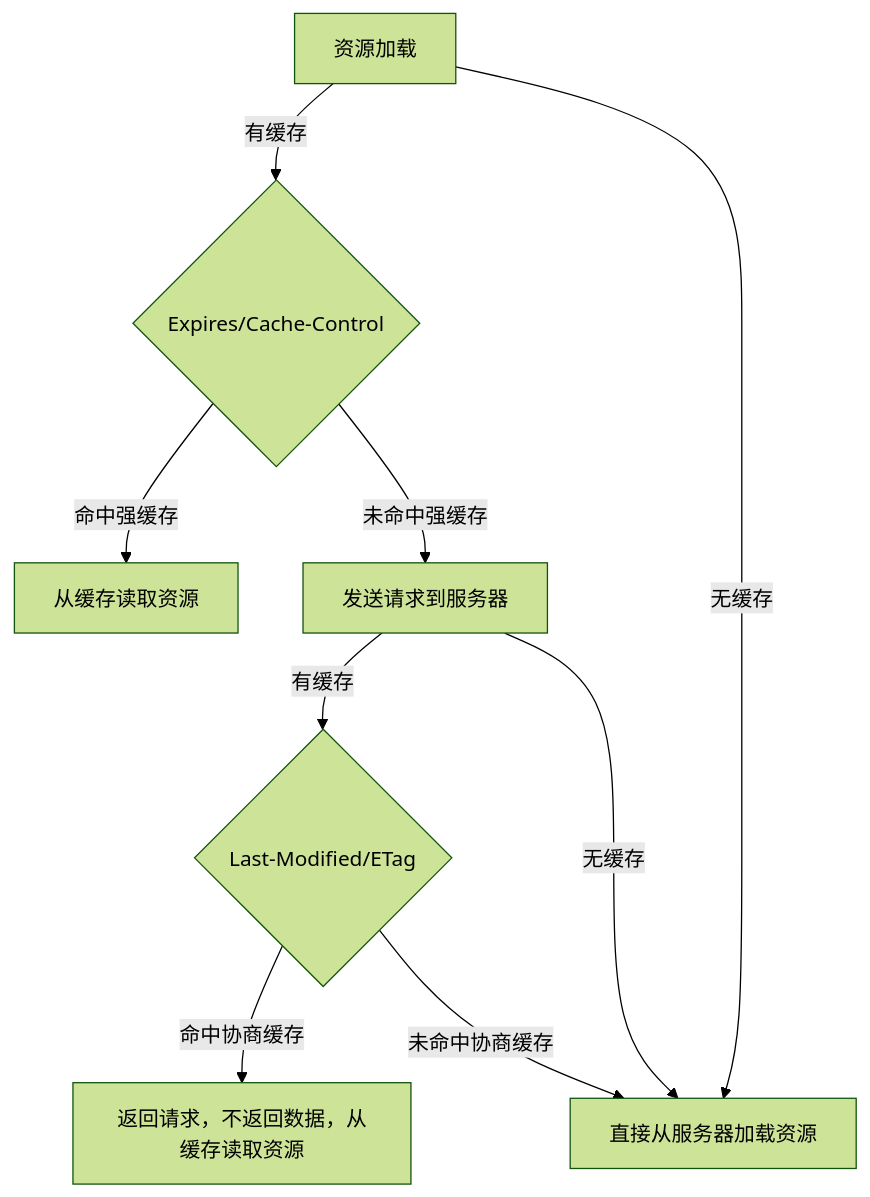
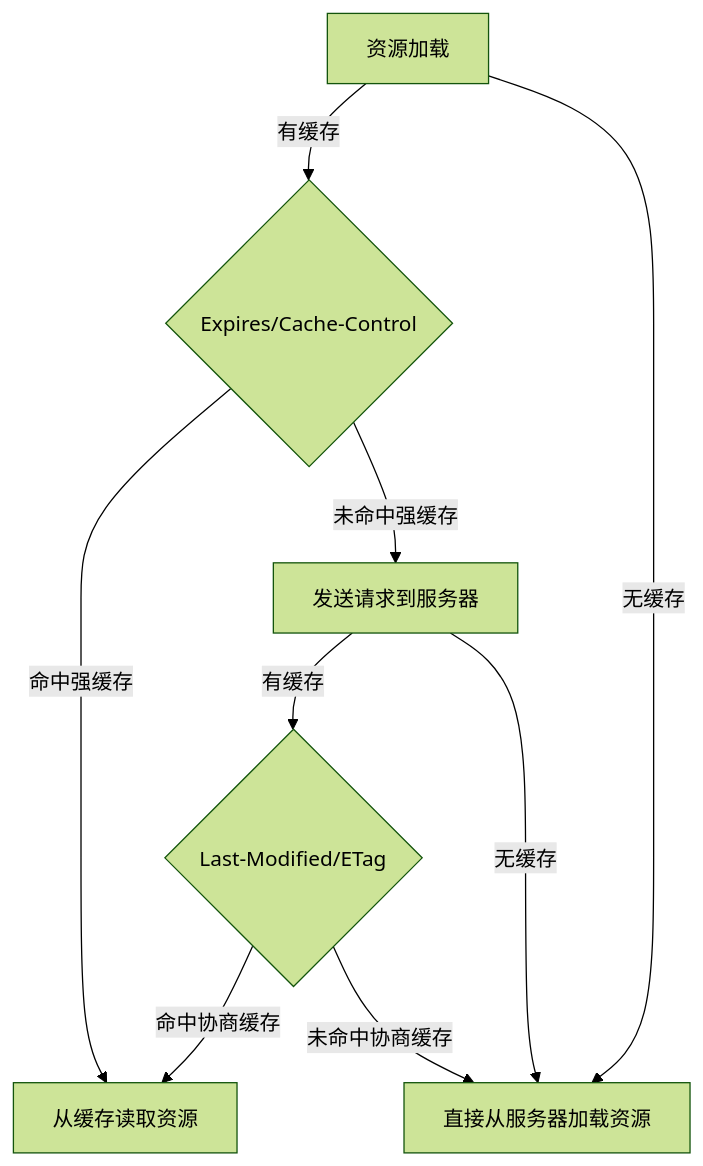
Before and after one commit to escapeWu/knowledge-base: the diagram in src/site/notes/01-frontend/network/net-cache.md, drawn with Mermaid (forest theme). The commit also changed other lines of this file, not shown here.

Commit message:
Update content src/site/notes/01-frontend/network/net-cache.md

````diff
--- a/src/site/notes/01-frontend/network/net-cache.md
+++ b/src/site/notes/01-frontend/network/net-cache.md
@@ -6,11 +6,11 @@
 ```mermaid
 graph TD
     A[资源加载] -->|有缓存| B{Expires/Cache-Control}
     A -->|无缓存| D[发送请求到服务器]
     B -->|命中强缓存| E[从缓存读取资源]
     B -->|未命中强缓存| C[发送请求到服务器]
     C -->|有缓存| F{Last-Modified/ETag}
     C -->|无缓存| D[直接从服务器加载资源]
-    F -->|命中协商缓存| G[返回请求，不返回数据，从缓存读取资源]
+    F -->|命中协商缓存| E[从缓存读取资源]
     F -->|未命中协商缓存| D[直接从服务器加载资源]
 ```
````
